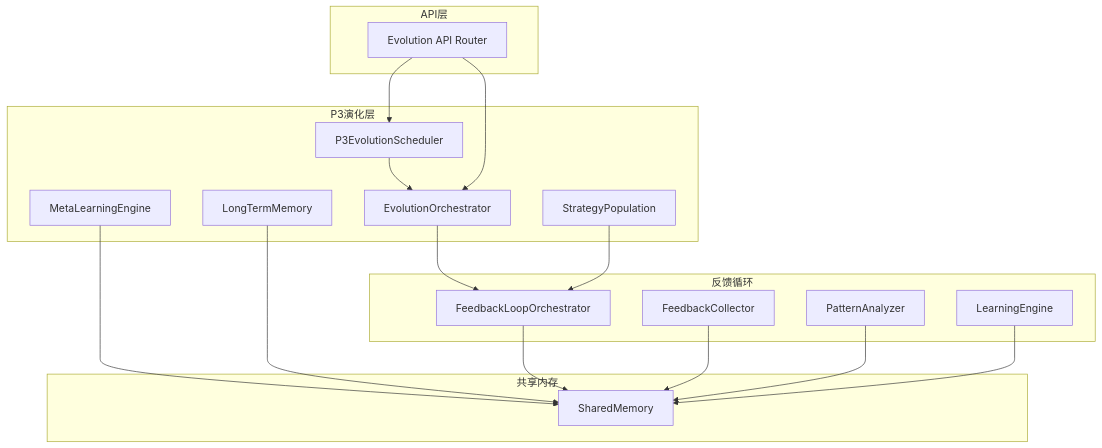
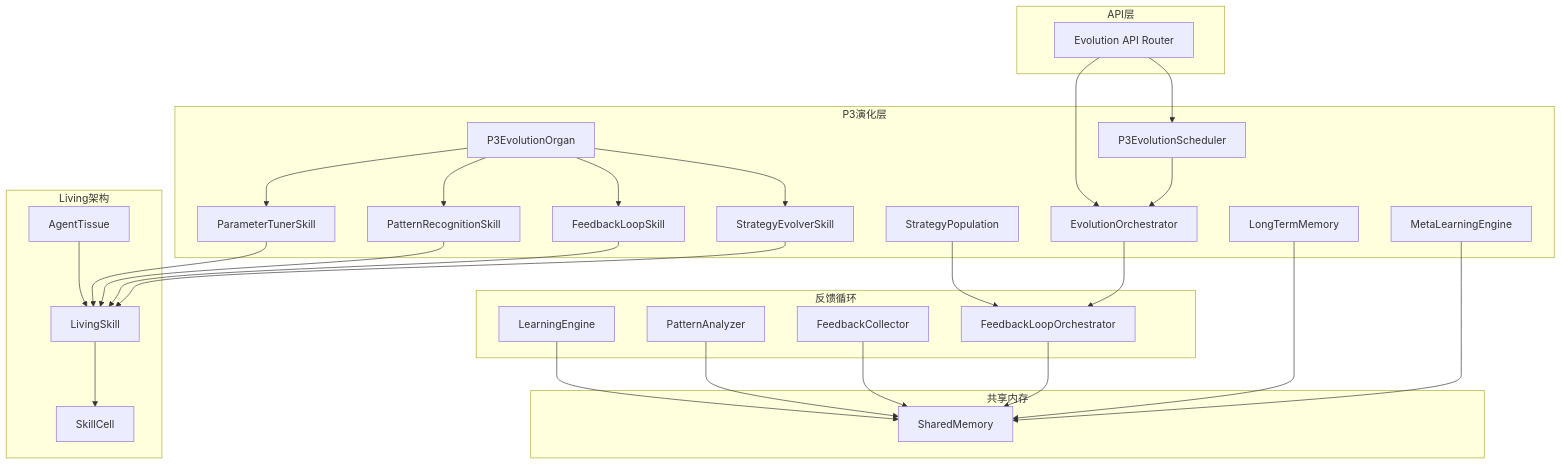
The eighth of 8 diagrams in .qoder/repowiki/zh/content/P3演化层.md (jackeyunjie/open-notebook), drawn with Mermaid before and after one commit. The commit also changed other lines of this file and 51 other files, not shown here.

````diff
--- a/.qoder/repowiki/zh/content/P3演化层.md
+++ b/.qoder/repowiki/zh/content/P3演化层.md
@@ -396,33 +487,53 @@
 ```mermaid
 graph TB
 subgraph "P3演化层"
 A[EvolutionOrchestrator]
 B[StrategyPopulation]
 C[MetaLearningEngine]
 D[LongTermMemory]
 E[P3EvolutionScheduler]
+F[P3EvolutionOrgan]
+G[StrategyEvolverSkill]
+H[FeedbackLoopSkill]
+I[PatternRecognitionSkill]
+J[ParameterTunerSkill]
 end
 subgraph "反馈循环"
-F[FeedbackLoopOrchestrator]
-G[FeedbackCollector]
-H[PatternAnalyzer]
-I[LearningEngine]
+K[FeedbackLoopOrchestrator]
+L[FeedbackCollector]
+M[PatternAnalyzer]
+N[LearningEngine]
 end
 subgraph "共享内存"
-J[SharedMemory]
+O[SharedMemory]
 end
 subgraph "API层"
-K[Evolution API Router]
+P[Evolution API Router]
 end
-A --> F
-B --> F
-C --> J
-D --> J
+subgraph "Living架构"
+Q[LivingSkill]
+R[AgentTissue]
+S[SkillCell]
+end
+A --> K
+B --> K
+C --> O
+D --> O
 E --> A
+F --> G
+F --> H
+F --> I
 F --> J
-G --> J
-H --> J
-I --> J
-K --> A
-K --> E
+G --> Q
+H --> Q
+I --> Q
+J --> Q
+K --> O
+L --> O
+M --> O
+N --> O
+P --> A
+P --> E
+Q --> S
+R --> Q
 ```
````
